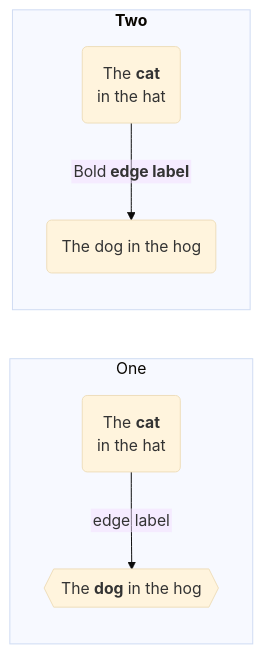
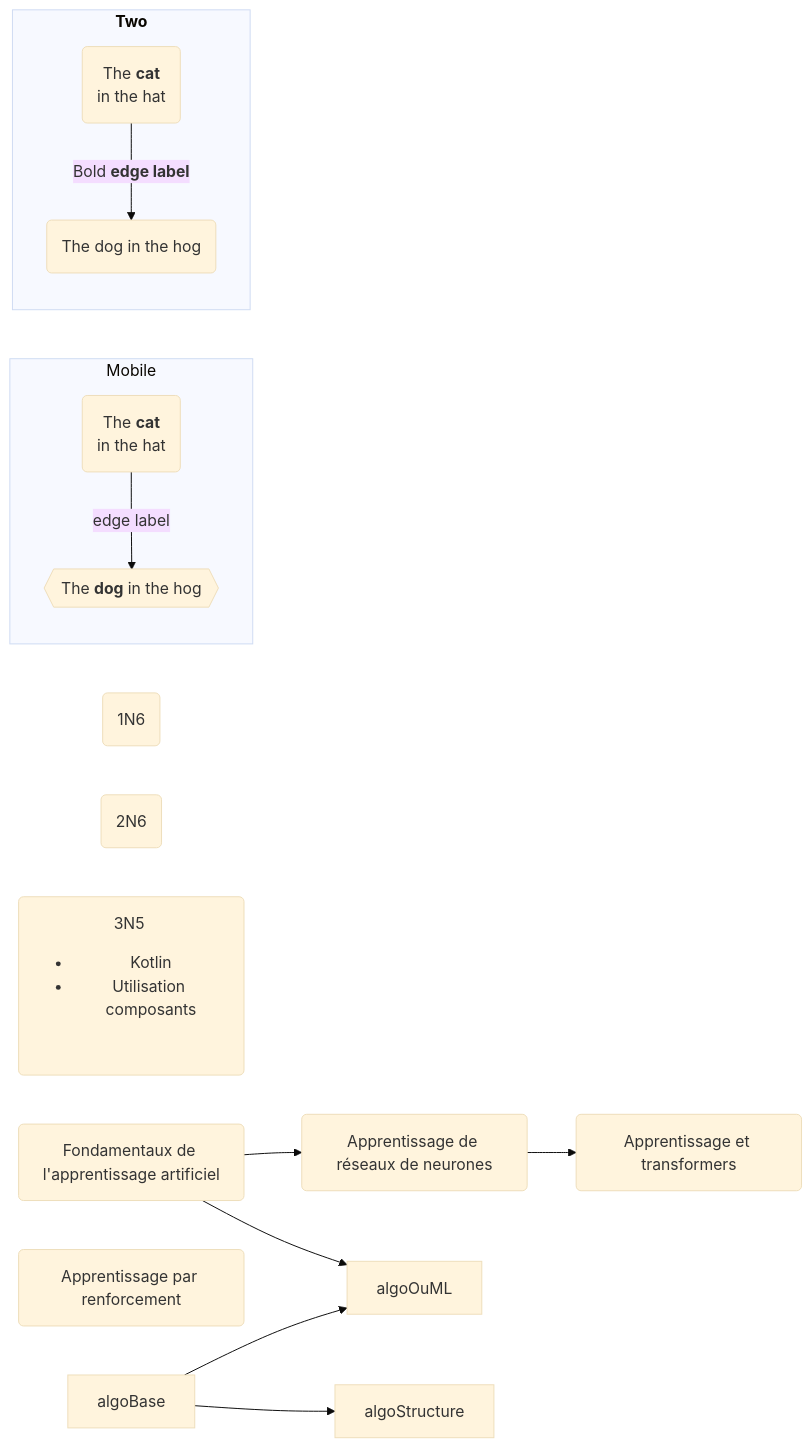
The diagram in grille-prog.md (jorisdeguet/jorisdeguet.github.io), drawn with Mermaid (base theme) before and after one commit.

````diff
--- a/grille-prog.md
+++ b/grille-prog.md
@@ -1,12 +1,23 @@
 ```mermaid
-%%{init: {"flowchart": {"htmlLabels": false}} }%%
 flowchart LR
-subgraph "One"
+    1N6("1N6")
+    2N6("2N6")
+    3N5("3N5 <ul><li>Kotlin</li><li>Utilisation composants</li> </ul")
+    mlBase(Fondamentaux de l'apprentissage artificiel)
+    mlTransformer(Apprentissage et transformers)
+    mlRenforcement(Apprentissage par renforcement)
+    mlReseauxNeurones(Apprentissage de réseaux de neurones)
+    
+    algoBase-->algoStructure
+    algoBase-->algoOuML
+    mlBase-->algoOuML
+    mlBase-->mlReseauxNeurones-->mlTransformer
+subgraph "Mobile"
   a("`The **cat**
   in the hat`") -- "edge label" --> b{{"`The **dog** in the hog`"}}
 end
 subgraph "`**Two**`"
   c("`The **cat**
   in the hat`") -- "`Bold **edge label**`" --> d("The dog in the hog")
 end
 ```
````
